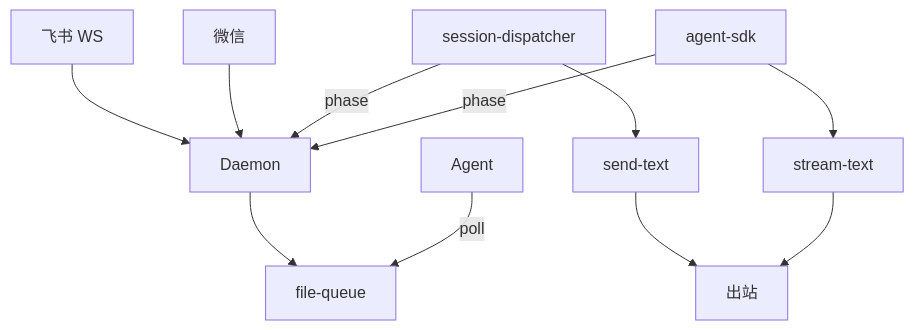
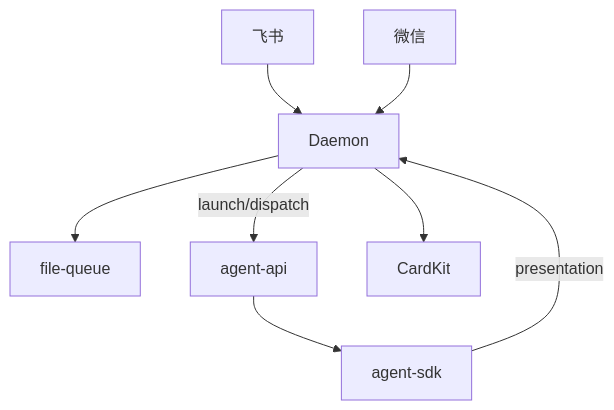
Before and after one commit to lk-eternal/cursor-claw: the first of 2 diagrams in knowledge/业务域/消息桥接/01-概览.md, drawn with Mermaid. The commit also changed other lines of this file and 33 other files, not shown here.

````diff
--- a/knowledge/业务域/消息桥接/01-概览.md
+++ b/knowledge/业务域/消息桥接/01-概览.md
@@ -11,13 +11,10 @@
 ```mermaid
 flowchart TB
-  FS[飞书 WS] --> D[Daemon]
+  FS[飞书] --> D[Daemon]
   WX[微信] --> D
   D --> FQ[file-queue]
-  SD[session-dispatcher] -->|phase| D
-  SDK[agent-sdk] -->|phase| D
-  SD --> ST[send-text]
-  SDK --> STR[stream-text]
-  ST --> OUT[出站]
-  STR --> OUT
-  Agent -->|poll| FQ
+  D -->|launch/dispatch| API[agent-api]
+  API --> SDK[agent-sdk]
+  SDK -->|presentation| D
+  D --> OUT[CardKit]
 ```
````
